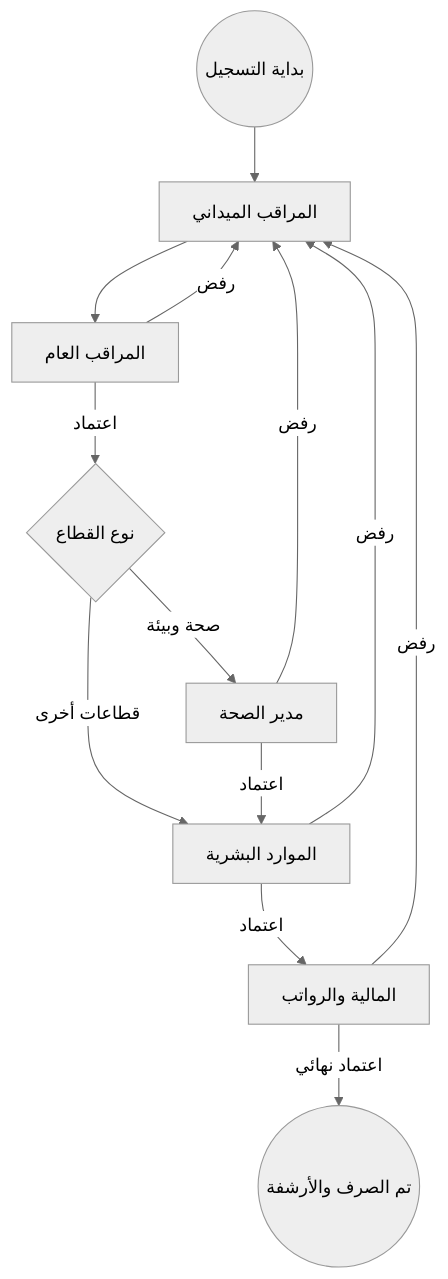
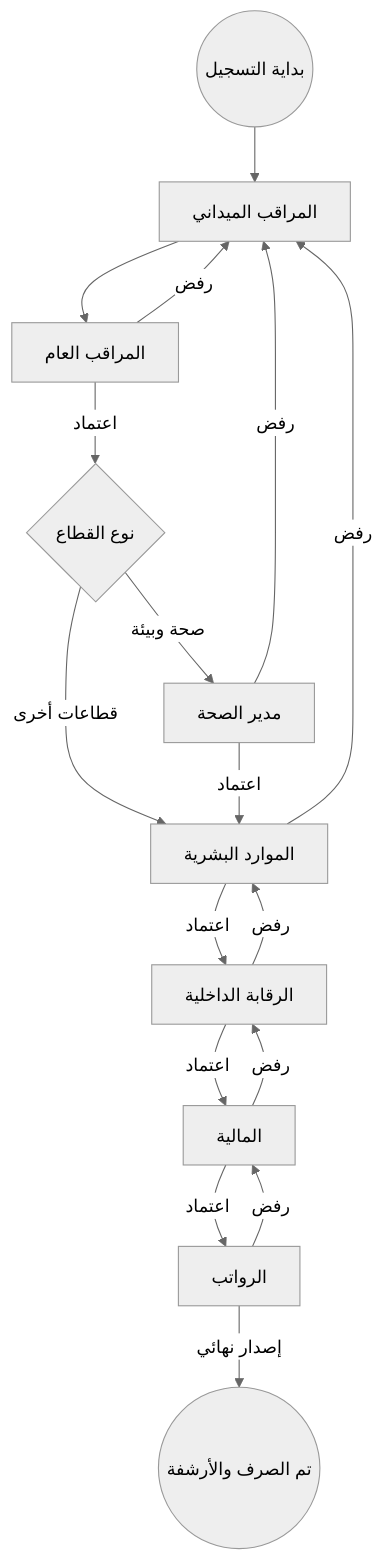
Before and after one commit to Abdoocoder/tayid-aldawam: the diagram in docs/USER_GUIDE.md, drawn with Mermaid (neutral theme). The commit also changed other lines of this file and 3 other files, not shown here.

````diff
--- a/docs/USER_GUIDE.md
+++ b/docs/USER_GUIDE.md
@@ -170,15 +171,19 @@
 ```mermaid
 graph TD
     Start((بداية التسجيل)) --> Supervisor[المراقب الميداني]
     Supervisor --> GS[المراقب العام]
     GS -- رفض --> Supervisor
     GS -- اعتماد --> Branch{نوع القطاع}
     Branch -- صحة وبيئة --> Health[مدير الصحة]
     Branch -- قطاعات أخرى --> HR[الموارد البشرية]
     Health -- اعتماد --> HR
     Health -- رفض --> Supervisor
-    HR -- اعتماد --> Finance[المالية والرواتب]
+    HR -- اعتماد --> Audit[الرقابة الداخلية]
     HR -- رفض --> Supervisor
-    Finance -- اعتماد نهائي --> Approved((تم الصرف والأرشفة))
-    Finance -- رفض --> Supervisor
+    Audit -- اعتماد --> Finance[المالية]
+    Audit -- رفض --> HR
+    Finance -- اعتماد --> Payroll[الرواتب]
+    Finance -- رفض --> Audit
+    Payroll -- إصدار نهائي --> Approved((تم الصرف والأرشفة))
+    Payroll -- رفض --> Finance
 ```
````
